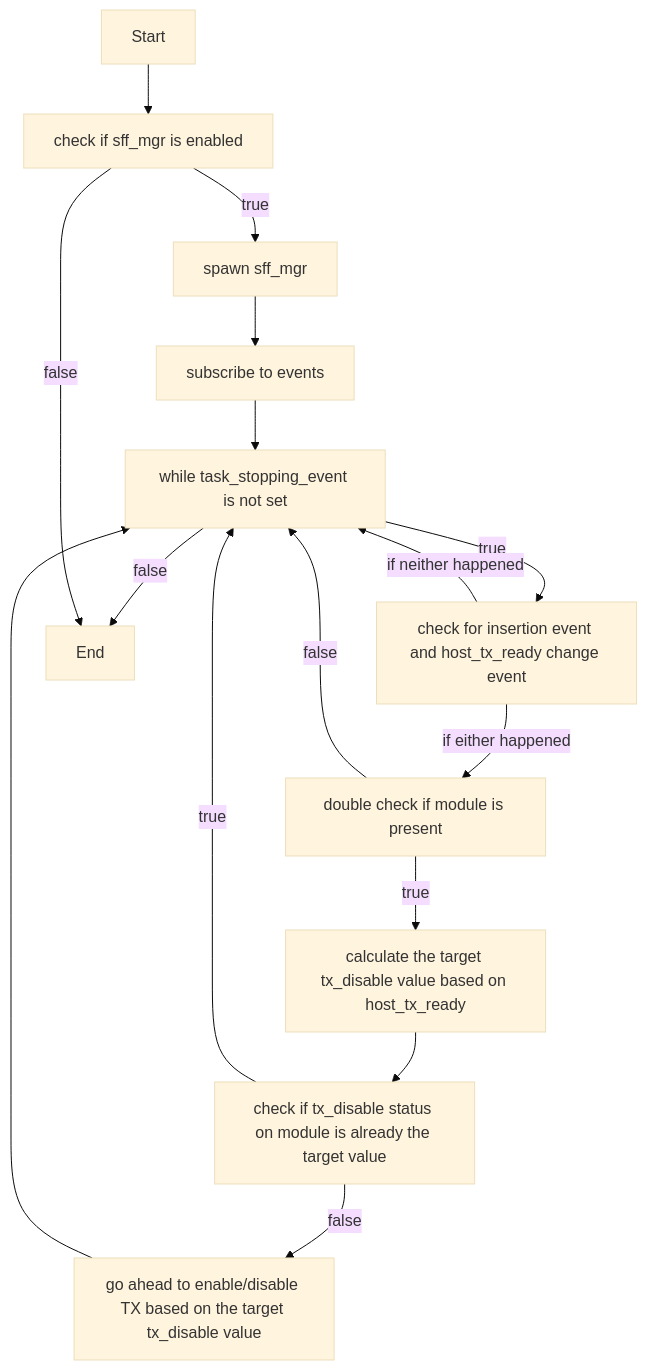
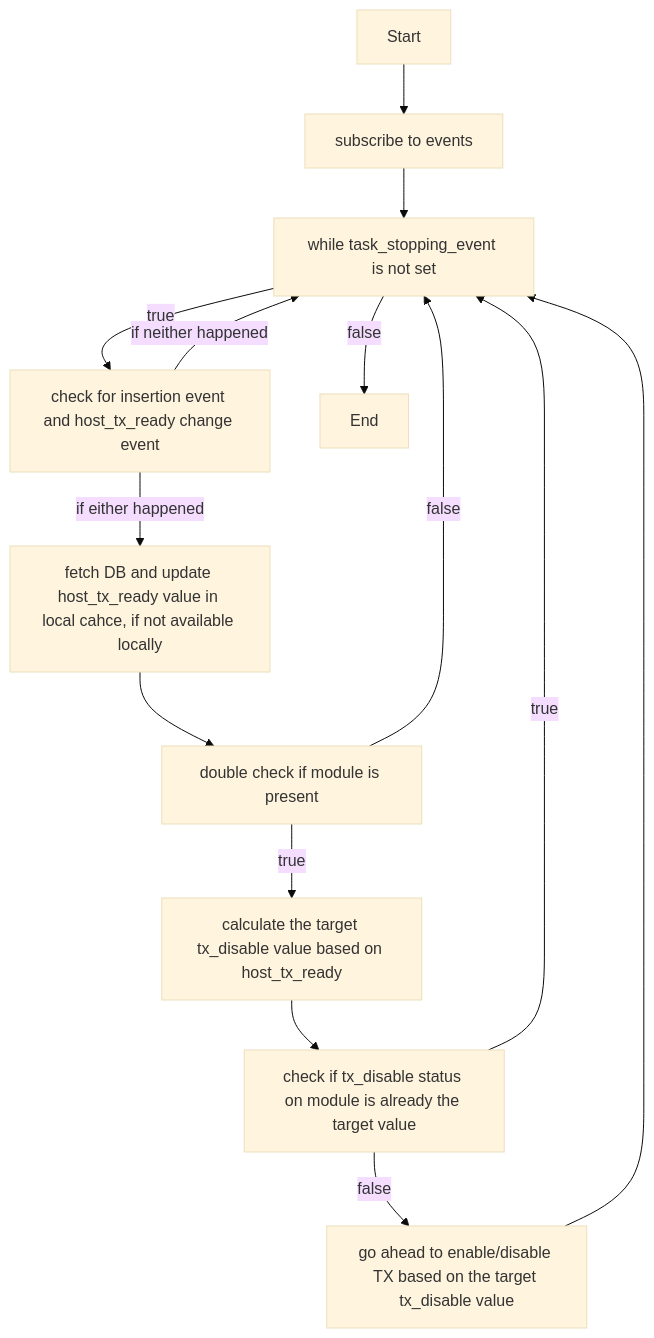
The second of 2 diagrams in doc/sfp-cmis/Interface-Link-bring-up-sequence.md (sonic-net/SONiC), drawn with Mermaid (base theme) before and after one commit. The commit also changed other lines of this file, not shown here.

Commit message:
Update chart

````diff
--- a/doc/sfp-cmis/Interface-Link-bring-up-sequence.md
+++ b/doc/sfp-cmis/Interface-Link-bring-up-sequence.md
@@ -195,28 +210,25 @@
 ```mermaid
 graph TD;
-A[check if sff_mgr is enabled]
-B[spawn sff_mgr]
-C[subscribe to events]
-D[while task_stopping_event is not set]
-E[check for insertion event and host_tx_ready change event]
-F[double check if module is present]
-G[calculate the target tx_disable value based on host_tx_ready]
-H[check if tx_disable status on module is already the target value]
-I[go ahead to enable/disable TX based on the target tx_disable value]
+A[subscribe to events]
+B[while task_stopping_event is not set]
+C[check for insertion event and host_tx_ready change event]
+D[double check if module is present]
+E[fetch DB and update host_tx_ready value in local cahce, if not available locally]
+F[calculate the target tx_disable value based on host_tx_ready]
+G[check if tx_disable status on module is already the target value]
+H[go ahead to enable/disable TX based on the target tx_disable value]
 
 Start --> A
-A -- true --> B
-B --> C
-C --> D
-D -- true --> E
-E -- if either happened --> F
-E -- if neither happened --> D
-F -- true --> G
-F -- false --> D
-G --> H
-H -- true --> D
-H -- false --> I
-I --> D
-D -- false --> End
-A -- false --> End
+A --> B
+B -- true --> C
+C -- if either happened --> E
+C -- if neither happened --> B
+E --> D
+D -- true --> F
+D -- false --> B
+F --> G
+G -- true --> B
+G -- false --> H
+H --> B
+B -- false --> End
 ```
````
